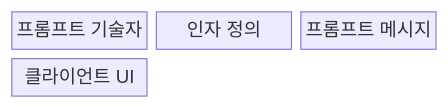
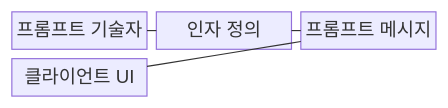
One commit to agnusdei1207/knowledge-base changed the first of 2 diagrams in src/content/docs/notes/08-latest-tech/011_mcp_prompt.md. Above: the diagram before and after it, drawn with Mermaid. The commit also changed other lines of this file and 228 other files, not shown here.

````diff
--- a/src/content/docs/notes/08-latest-tech/011_mcp_prompt.md
+++ b/src/content/docs/notes/08-latest-tech/011_mcp_prompt.md
@@ -52,8 +52,11 @@
 ```mermaid
 block-beta
     columns 3
     D["프롬프트 기술자"]
     A["인자 정의"]
     M["프롬프트 메시지"]
     U["클라이언트 UI"]
+    D --- A
+    A --- M
+    M --- U
 ```
````
